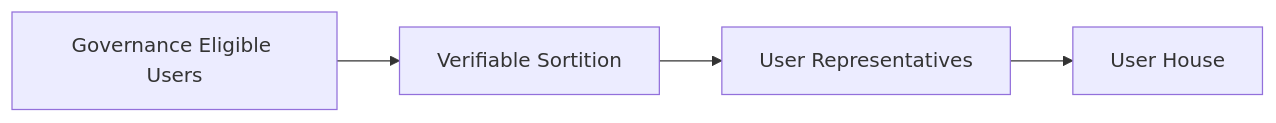
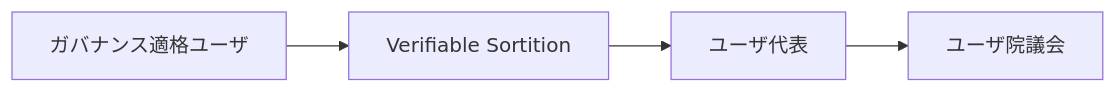
The fourth of 23 diagrams in docs/whitepaper/07-governance.md (ShigeichiroYamasaki/creator-first-platform), drawn with Mermaid before and after one commit. The commit also changed other lines of this file and 67 other files, not shown here.

````diff
--- a/docs/whitepaper/07-governance.md
+++ b/docs/whitepaper/07-governance.md
@@ -196,9 +196,9 @@
 ```mermaid
 flowchart LR
-    USERS[Governance Eligible Users]
+    USERS[ガバナンス適格ユーザ]
     RANDOM[Verifiable Sortition]
-    REPS[User Representatives]
-    UH[User House]
+    REPS[ユーザ代表]
+    UH[ユーザ院議会]
 
     USERS --> RANDOM --> REPS --> UH
 ```
````
